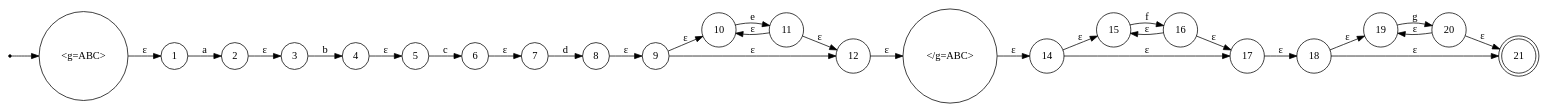
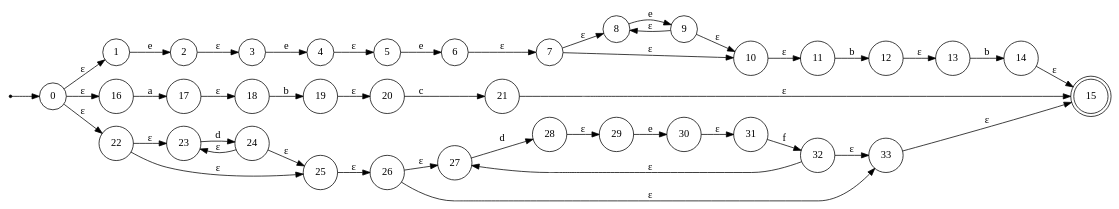
Before and after one commit to konstantin2506/automata_theory: the diagram in lab2/nfa.dot, drawn with Graphviz. The commit also changed 515 other files, not shown here.

```diff
--- a/lab2/nfa.dot
+++ b/lab2/nfa.dot
@@ -1,55 +1,81 @@
 digraph NFA {
     rankdir=LR;
     node [shape=circle];
     start [shape=point];
-    0 [label="<g=ABC>"];
+    0 [label="0"];
     1 [label="1"];
     2 [label="2"];
     3 [label="3"];
     4 [label="4"];
     5 [label="5"];
     6 [label="6"];
     7 [label="7"];
     8 [label="8"];
     9 [label="9"];
     10 [label="10"];
     11 [label="11"];
     12 [label="12"];
-    13 [label="</g=ABC>"];
+    13 [label="13"];
     14 [label="14"];
-    15 [label="15"];
+    15 [label="15", shape=doublecircle];
+    14 -> 15 [label="ε"];
+    13 -> 14 [label="b"];
+    12 -> 13 [label="ε"];
+    11 -> 12 [label="b"];
+    10 -> 11 [label="ε"];
+    9 -> 10 [label="ε"];
+    9 -> 8 [label="ε"];
+    8 -> 9 [label="e"];
+    7 -> 8 [label="ε"];
+    7 -> 10 [label="ε"];
+    6 -> 7 [label="ε"];
+    5 -> 6 [label="e"];
+    4 -> 5 [label="ε"];
+    3 -> 4 [label="e"];
+    2 -> 3 [label="ε"];
+    1 -> 2 [label="e"];
+    0 -> 1 [label="ε"];
     16 [label="16"];
     17 [label="17"];
     18 [label="18"];
     19 [label="19"];
     20 [label="20"];
-    21 [label="21", shape=doublecircle];
-    20 -> 21 [label="ε"];
-    20 -> 19 [label="ε"];
-    19 -> 20 [label="g"];
-    18 -> 19 [label="ε"];
-    18 -> 21 [label="ε"];
+    21 [label="21"];
+    21 -> 15 [label="ε"];
+    20 -> 21 [label="c"];
+    19 -> 20 [label="ε"];
+    18 -> 19 [label="b"];
     17 -> 18 [label="ε"];
-    16 -> 17 [label="ε"];
-    16 -> 15 [label="ε"];
-    15 -> 16 [label="f"];
-    14 -> 15 [label="ε"];
-    14 -> 17 [label="ε"];
-    13 -> 14 [label="ε"];
-    12 -> 13 [label="ε"];
-    11 -> 12 [label="ε"];
-    11 -> 10 [label="ε"];
-    10 -> 11 [label="e"];
-    9 -> 10 [label="ε"];
-    9 -> 12 [label="ε"];
-    8 -> 9 [label="ε"];
-    7 -> 8 [label="d"];
-    6 -> 7 [label="ε"];
-    5 -> 6 [label="c"];
-    4 -> 5 [label="ε"];
-    3 -> 4 [label="b"];
-    2 -> 3 [label="ε"];
-    1 -> 2 [label="a"];
-    0 -> 1 [label="ε"];
+    16 -> 17 [label="a"];
+    0 -> 16 [label="ε"];
+    22 [label="22"];
+    23 [label="23"];
+    24 [label="24"];
+    25 [label="25"];
+    26 [label="26"];
+    27 [label="27"];
+    28 [label="28"];
+    29 [label="29"];
+    30 [label="30"];
+    31 [label="31"];
+    32 [label="32"];
+    33 [label="33"];
+    33 -> 15 [label="ε"];
+    32 -> 33 [label="ε"];
+    32 -> 27 [label="ε"];
+    31 -> 32 [label="f"];
+    30 -> 31 [label="ε"];
+    29 -> 30 [label="e"];
+    28 -> 29 [label="ε"];
+    27 -> 28 [label="d"];
+    26 -> 27 [label="ε"];
+    26 -> 33 [label="ε"];
+    25 -> 26 [label="ε"];
+    24 -> 25 [label="ε"];
+    24 -> 23 [label="ε"];
+    23 -> 24 [label="d"];
+    22 -> 23 [label="ε"];
+    22 -> 25 [label="ε"];
+    0 -> 22 [label="ε"];
     start -> 0;
 }
```
